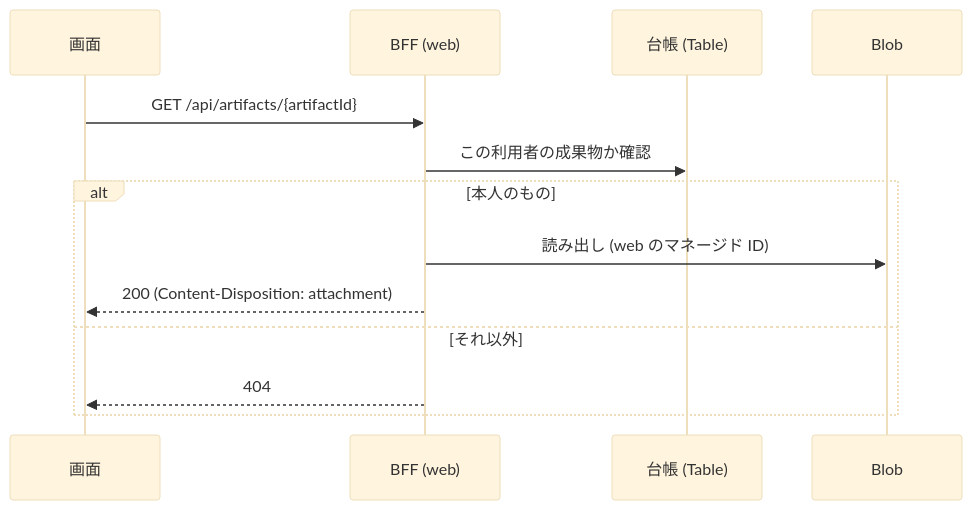
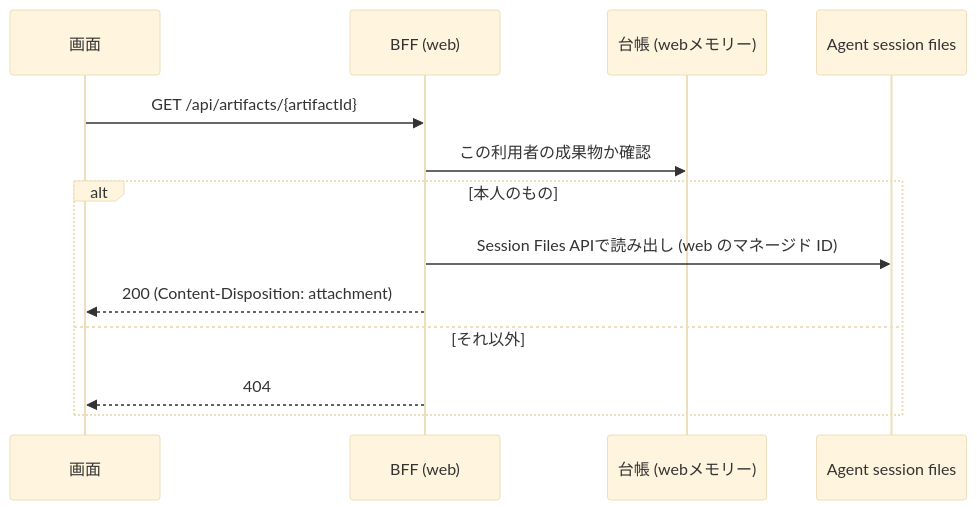
Before and after one commit to tokawa-ms/azure-updates-cowork-starter-demo: the fourth of 5 diagrams in docs/design.md, drawn with Mermaid (base theme). The commit also changed other lines of this file and 219 other files, not shown here.

````diff
--- a/docs/design.md
+++ b/docs/design.md
@@ -257,15 +263,15 @@
 ```mermaid
 sequenceDiagram
   participant S as 画面
   participant B as BFF (web)
-  participant R as 台帳 (Table)
-  participant BL as Blob
+  participant R as 台帳 (webメモリー)
+  participant FS as Agent session files
   S->>B: GET /api/artifacts/{artifactId}
   B->>R: この利用者の成果物か確認
   alt 本人のもの
-    B->>BL: 読み出し (web のマネージド ID)
+    B->>FS: Session Files APIで読み出し (web のマネージド ID)
     B-->>S: 200 (Content-Disposition: attachment)
   else それ以外
     B-->>S: 404
   end
 ```
````
